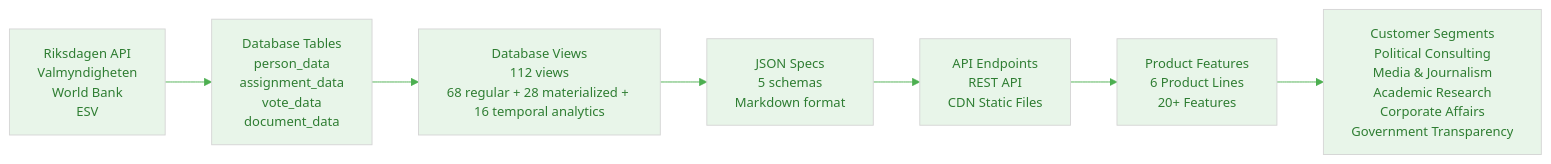
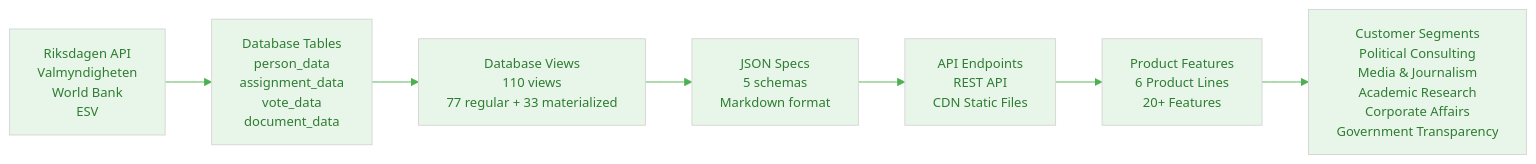
The third of 6 diagrams in BUSINESS_PRODUCT_DOCUMENT.md (Hack23/cia), drawn with Mermaid before and after one commit. The commit also changed other lines of this file and 2 other files, not shown here.

First line of the commit message:
docs: address round-2 review — fix Vote Data/Document Views counts, update Current Status date, fix election view count (9→3), fix intelligence views (7→8), reconcile all stale 112→110 references in BUSINESS_PRODUCT_DOCUMENT.md

````diff
--- a/BUSINESS_PRODUCT_DOCUMENT.md
+++ b/BUSINESS_PRODUCT_DOCUMENT.md
@@ -1047,20 +1047,20 @@
 ```mermaid
 %%{
   init: {
     'theme': 'base',
     'themeVariables': {
       'primaryColor': '#e8f5e9',
       'primaryTextColor': '#2e7d32',
       'lineColor': '#4caf50',
       'fontSize': '14px'
     }
   }
 }%%
 flowchart LR
     A[Riksdagen API<br/>Valmyndigheten<br/>World Bank<br/>ESV] --> B[Database Tables<br/>person_data<br/>assignment_data<br/>vote_data<br/>document_data]
-    B --> C[Database Views<br/>112 views<br/>68 regular + 28 materialized + 16 temporal analytics]
+    B --> C[Database Views<br/>110 views<br/>77 regular + 33 materialized]
     C --> D[JSON Specs<br/>5 schemas<br/>Markdown format]
     D --> E[API Endpoints<br/>REST API<br/>CDN Static Files]
     E --> F[Product Features<br/>6 Product Lines<br/>20+ Features]
     F --> G[Customer Segments<br/>Political Consulting<br/>Media & Journalism<br/>Academic Research<br/>Corporate Affairs<br/>Government Transparency]
 ```
````
